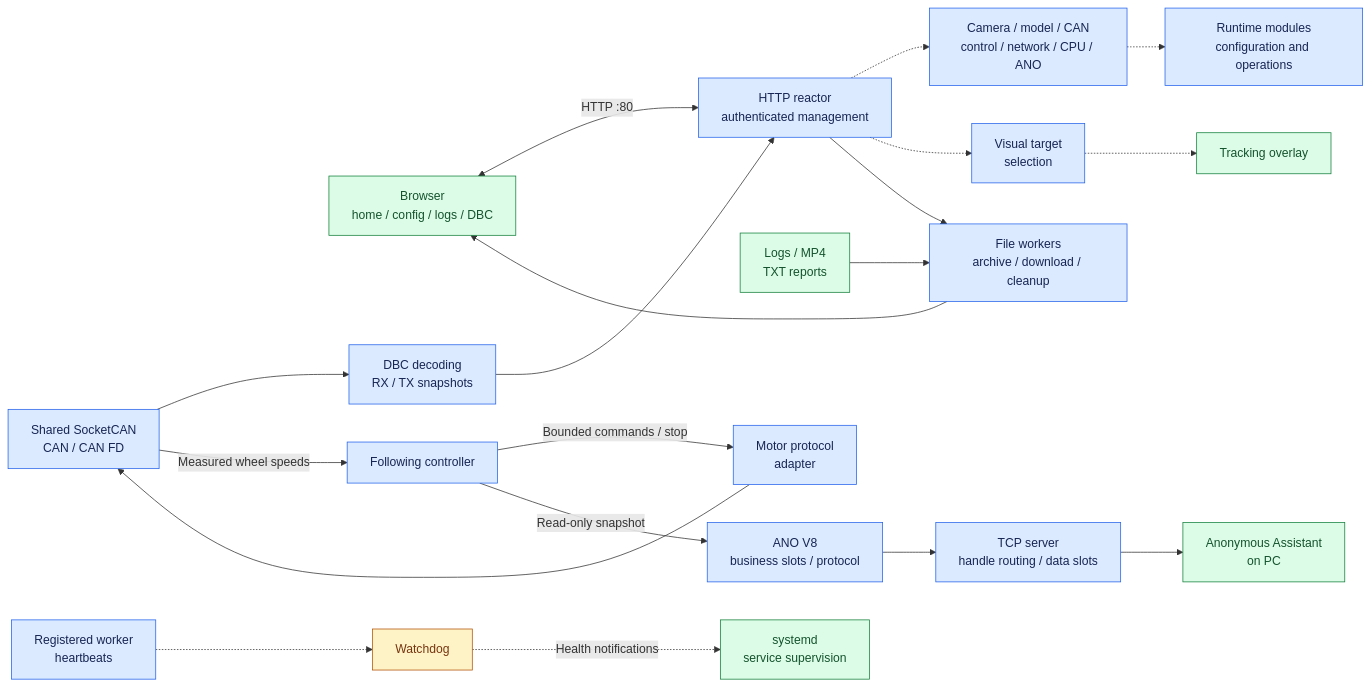
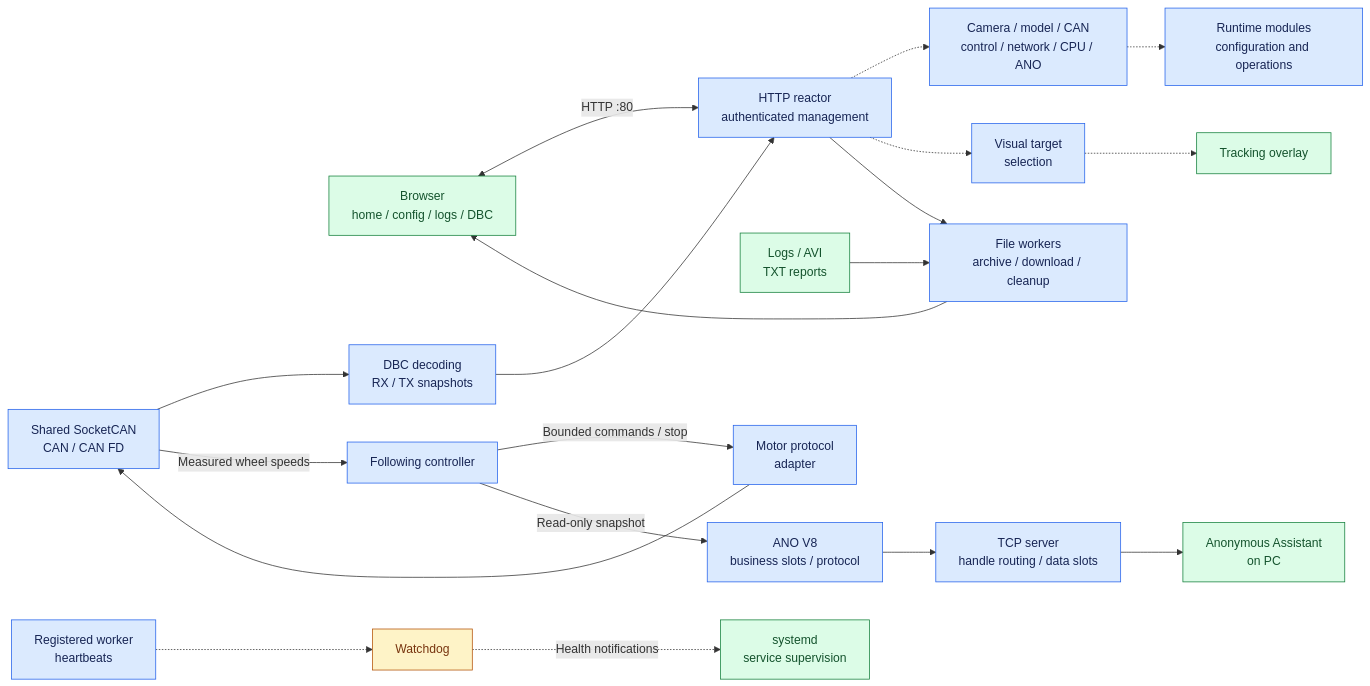
The third of 7 diagrams in README.md (qianruo-orange/autonomous-driving-car), drawn with Mermaid before and after one commit. The commit also changed other lines of this file, not shown here.

````diff
--- a/README.md
+++ b/README.md
@@ -68,27 +75,27 @@
 ```mermaid
 flowchart LR
     Browser["Browser<br/>home / config / logs / DBC"] <-->|HTTP :80| HTTP["HTTP reactor<br/>authenticated management"]
     HTTP -.-> Settings["Camera / model / CAN<br/>control / network / CPU / ANO"]
     Settings -.-> Modules["Runtime modules<br/>configuration and operations"]
     HTTP -.-> Select["Visual target<br/>selection"]
     Select -.-> Overlay["Tracking overlay"]
     HTTP --> Files["File workers<br/>archive / download / cleanup"]
-    Storage["Logs / MP4<br/>TXT reports"] --> Files
+    Storage["Logs / AVI<br/>TXT reports"] --> Files
     Files --> Browser
     CAN["Shared SocketCAN<br/>CAN / CAN FD"] --> DBC["DBC decoding<br/>RX / TX snapshots"]
     DBC --> HTTP
     CAN -->|Measured wheel speeds| Follow["Following controller"]
     Follow -->|Bounded commands / stop| Adapter["Motor protocol<br/>adapter"]
     Adapter --> CAN
     Follow -->|Read-only snapshot| ANO["ANO V8<br/>business slots / protocol"]
     ANO --> TCP["TCP server<br/>handle routing / data slots"]
     TCP --> PC["Anonymous Assistant<br/>on PC"]
     Workers["Registered worker<br/>heartbeats"] -.-> Watchdog["Watchdog"]
     Watchdog -.->|Health notifications| Systemd["systemd<br/>service supervision"]
     classDef process fill:#dbeafe,stroke:#2563eb,color:#172554
     classDef output fill:#dcfce7,stroke:#15803d,color:#14532d
     classDef check fill:#fef3c7,stroke:#b45309,color:#78350f
     class HTTP,Settings,Modules,Select,Files,CAN,DBC,Follow,Adapter,ANO,TCP,Workers process
     class Browser,Overlay,Storage,PC,Systemd output
     class Watchdog check
 ```
````
